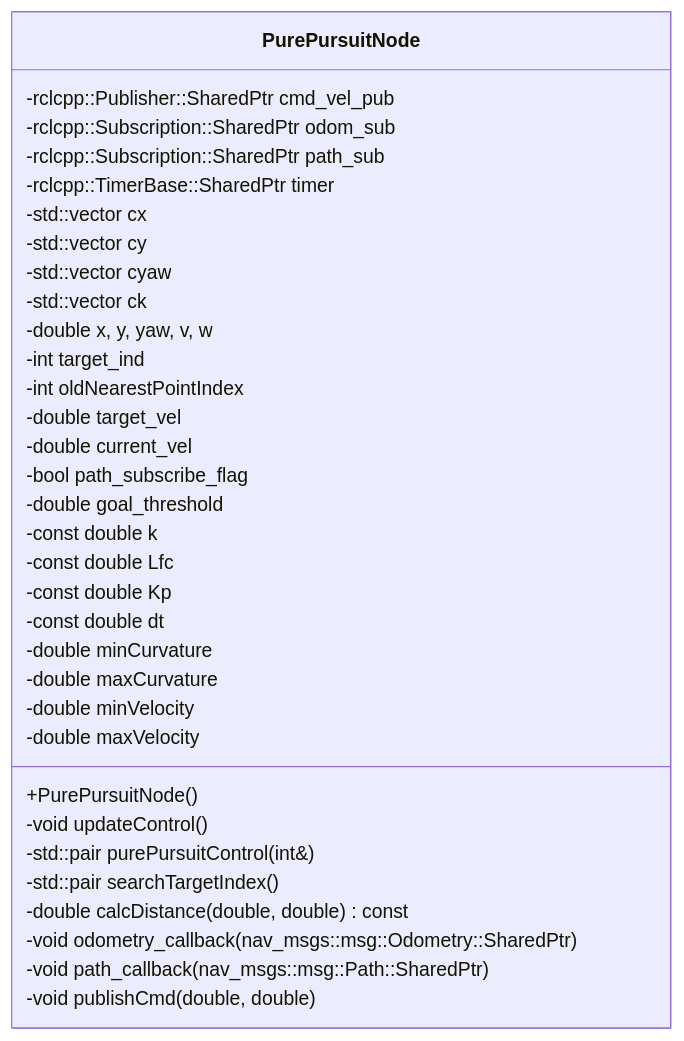
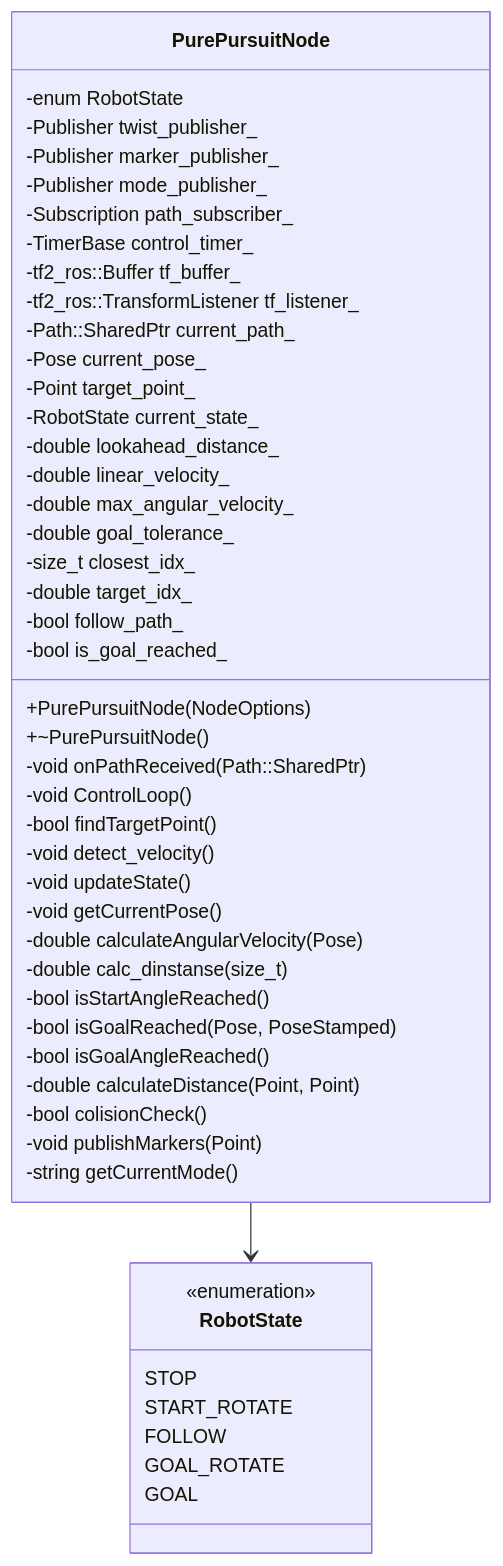
Before and after one commit to suke-toudara/pure_pursuit_planner: the first of 3 diagrams in README.md, drawn with Mermaid. The commit also changed other lines of this file and 1 other file, not shown here.

First line of the commit message:
Fix Pure Pursuit tracking issues and update README

````diff
--- a/README.md
+++ b/README.md
@@ -88,36 +102,53 @@
 ```mermaid
 classDiagram
     class PurePursuitNode {
-        +PurePursuitNode()
-        -void updateControl()
-        -std::pair<double, double> purePursuitControl(int&)
-        -std::pair<int, double> searchTargetIndex()
-        -double calcDistance(double, double) const
-        -void odometry_callback(nav_msgs::msg::Odometry::SharedPtr)
-        -void path_callback(nav_msgs::msg::Path::SharedPtr)
-        -void publishCmd(double, double)
-        -rclcpp::Publisher<geometry_msgs::msg::Twist>::SharedPtr cmd_vel_pub
-        -rclcpp::Subscription<nav_msgs::msg::Odometry>::SharedPtr odom_sub
-        -rclcpp::Subscription<nav_msgs::msg::Path>::SharedPtr path_sub
-        -rclcpp::TimerBase::SharedPtr timer
-        -std::vector<double> cx
-        -std::vector<double> cy
-        -std::vector<double> cyaw
-        -std::vector<double> ck
-        -double x, y, yaw, v, w
-        -int target_ind
-        -int oldNearestPointIndex
-        -double target_vel
-        -double current_vel
-        -bool path_subscribe_flag
-        -double goal_threshold
-        -const double k
-        -const double Lfc
-        -const double Kp
-        -const double dt
-        -double minCurvature
-        -double maxCurvature
-        -double minVelocity
-        -double maxVelocity
+        +PurePursuitNode(NodeOptions)
+        +~PurePursuitNode()
+        -void onPathReceived(Path::SharedPtr)
+        -void ControlLoop()
+        -bool findTargetPoint()
+        -void detect_velocity()
+        -void updateState()
+        -void getCurrentPose()
+        -double calculateAngularVelocity(Pose)
+        -double calc_dinstanse(size_t)
+        -bool isStartAngleReached()
+        -bool isGoalReached(Pose, PoseStamped)
+        -bool isGoalAngleReached()
+        -double calculateDistance(Point, Point)
+        -bool colisionCheck()
+        -void publishMarkers(Point)
+        -string getCurrentMode()
+        -enum RobotState
+        -Publisher twist_publisher_
+        -Publisher marker_publisher_
+        -Publisher mode_publisher_
+        -Subscription path_subscriber_
+        -TimerBase control_timer_
+        -tf2_ros::Buffer tf_buffer_
+        -tf2_ros::TransformListener tf_listener_
+        -Path::SharedPtr current_path_
+        -Pose current_pose_
+        -Point target_point_
+        -RobotState current_state_
+        -double lookahead_distance_
+        -double linear_velocity_
+        -double max_angular_velocity_
+        -double goal_tolerance_
+        -size_t closest_idx_
+        -double target_idx_
+        -bool follow_path_
+        -bool is_goal_reached_
     }
+
+    class RobotState {
+        <<enumeration>>
+        STOP
+        START_ROTATE
+        FOLLOW
+        GOAL_ROTATE
+        GOAL
+    }
+
+    PurePursuitNode --> RobotState
 ```
````
